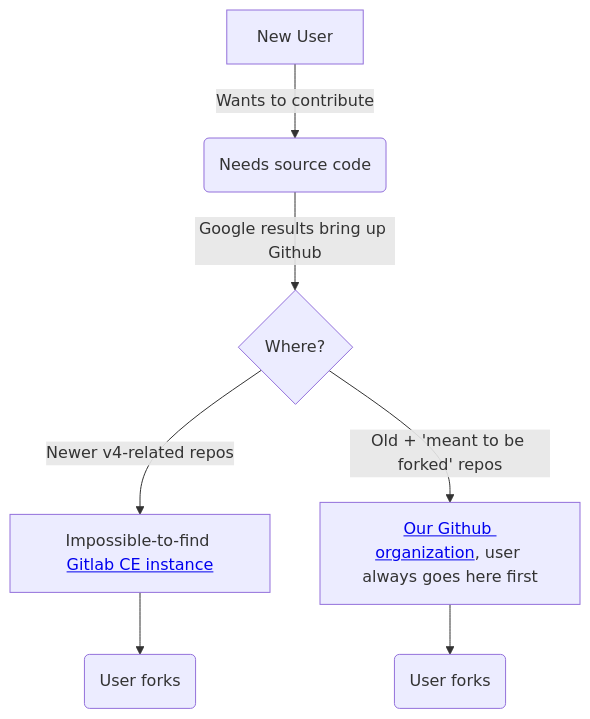
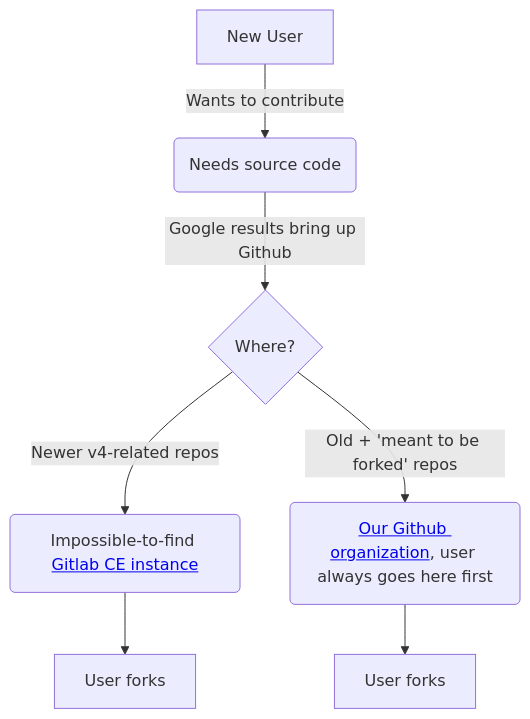
Before and after one commit to blend-os/website: the diagram in docs/contributing.md, drawn with Mermaid. The commit also changed 1 other file, not shown here.

Commit message:
bring mermaid back

````diff
--- a/docs/contributing.md
+++ b/docs/contributing.md
@@ -16,9 +16,9 @@
 ```mermaid
 flowchart TD
     A[New User] -->|Wants to contribute| B(Needs source code)
     B -->|Google results bring up Github| C{Where?}
-    C -->|Newer v4-related repos| D[Impossible-to-find <a href="https://git.blendos.co/blendos" target="_blank" rel="noopener noreferrer">Gitlab CE instance</a>]
-    C -->|Old + 'meant to be forked' repos| E[<a href="https://github.com/blend-os" target="_blank" rel="noopener noreferrer">Our Github organization</a>, user always goes here first]
-    D --> F(User forks)
-    E --> G(User forks)
+    C -->|Newer v4-related repos| D(Impossible-to-find <a href="https://git.blendos.co/blendos" target="_blank" rel="noopener noreferrer">Gitlab CE instance</a>)
+    C -->|Old + 'meant to be forked' repos| E(<a href="https://github.com/blend-os" target="_blank" rel="noopener noreferrer">Our Github organization</a>, user always goes here first)
+    D --> F[User forks]
+    E --> G[User forks]
 ```
````
